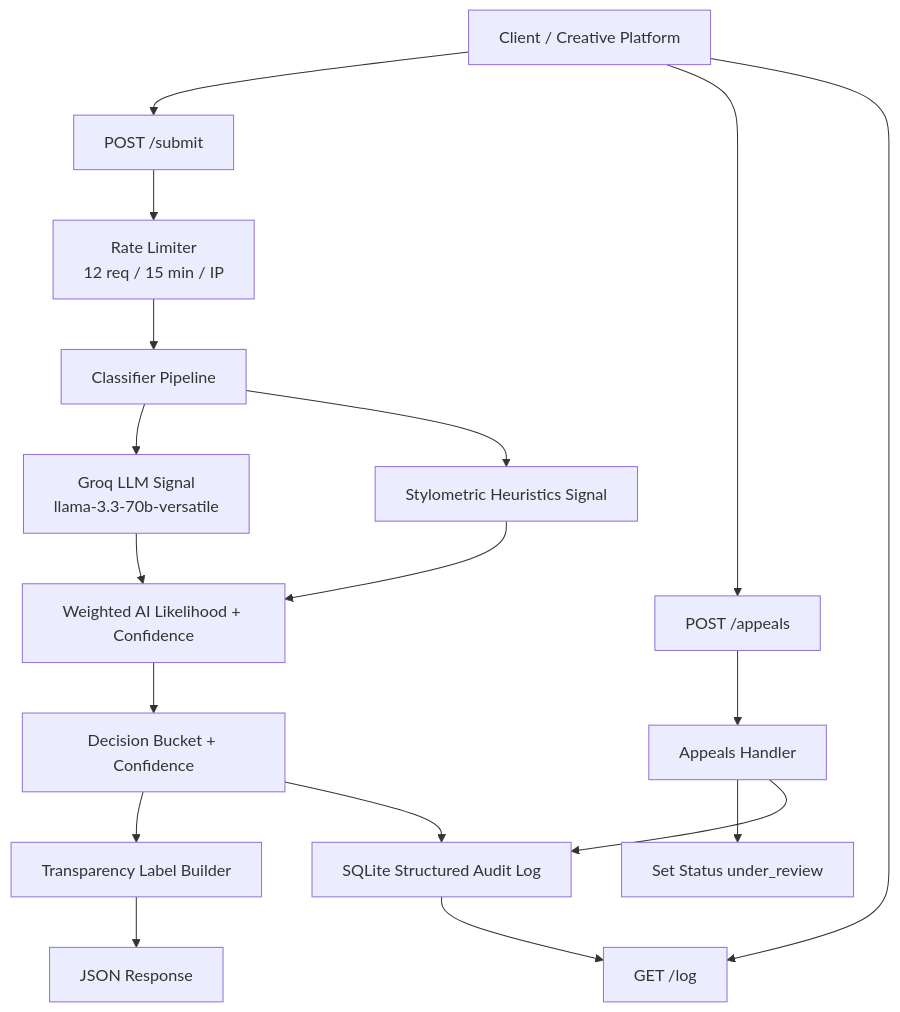
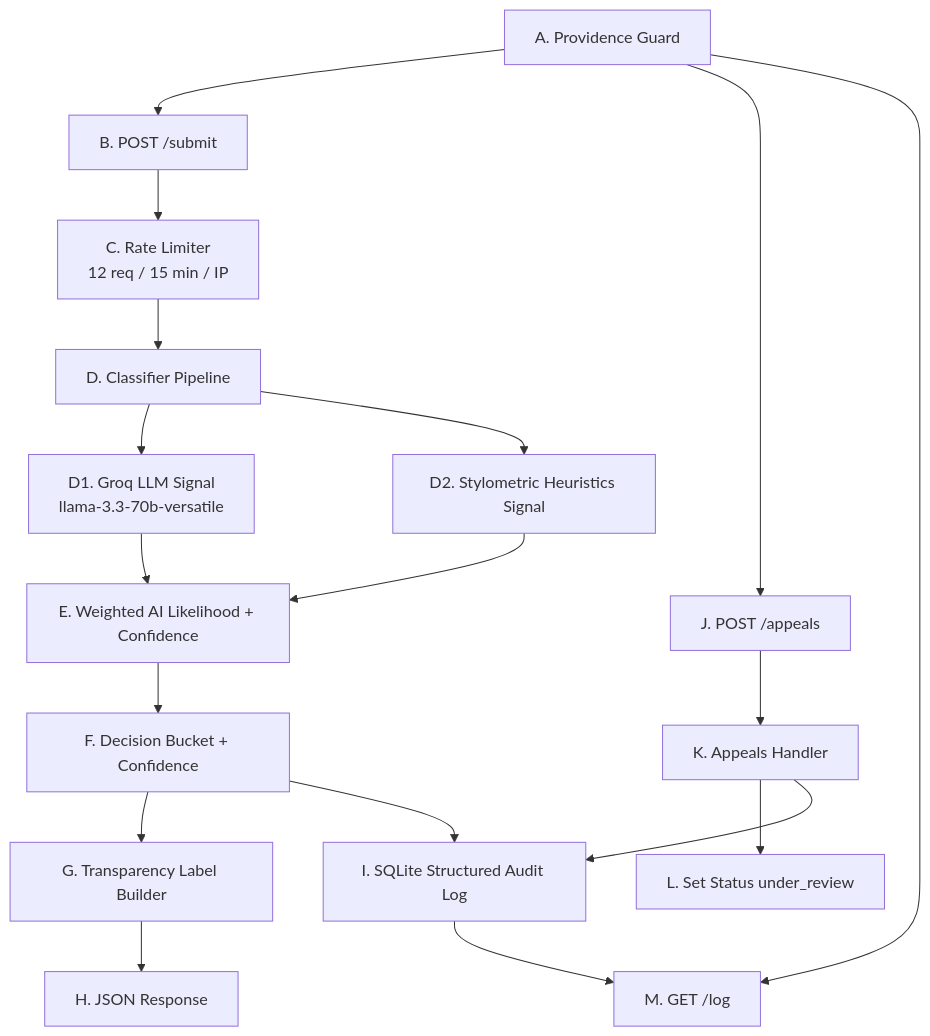
One commit to mardisworld/ai201-project4-provenance-guard changed the diagram in planning.md. Above: the diagram before and after it, drawn with Mermaid. The commit also changed other lines of this file and 4 other files, not shown here.

Commit message:
did a good job on planning.md, came up with schema and tables, wired up to audit_store.py.

````diff
--- a/planning.md
+++ b/planning.md
@@ -62,22 +96,22 @@
 ```mermaid
 flowchart TD
-    A[Client / Creative Platform] --> B[POST /submit]
-    B --> C[Rate Limiter\n12 req / 15 min / IP]
-  C --> D[Classifier Pipeline]
-  D --> D1[Groq LLM Signal\nllama-3.3-70b-versatile]
-  D --> D2[Stylometric Heuristics Signal]
-  D1 --> E[Weighted AI Likelihood + Confidence]
-  D2 --> E
-    E --> F[Decision Bucket + Confidence]
-    F --> G[Transparency Label Builder]
-    G --> H[JSON Response]
-  F --> I[SQLite Structured Audit Log]
+    A[A. Providence Guard] --> B[B. POST /submit]
+    B --> C[C. Rate Limiter\n12 req / 15 min / IP]
+  C --> D[D. Classifier Pipeline]
+  D --> D1[D1. Groq LLM Signal\nllama-3.3-70b-versatile]
+  D --> D2[D2. Stylometric Heuristics Signal]
+  D1 --> E[E. Weighted AI Likelihood + Confidence]
+  D2 --> E[E. Weighted AI Likelihood + Confidence]
+    E --> F[F. Decision Bucket + Confidence]
+    F --> G[G. Transparency Label Builder]
+    G --> H[H. JSON Response]
+  F --> I[I. SQLite Structured Audit Log]
 
-    A --> J[POST /appeals]
-    J --> K[Appeals Handler]
-    K --> L[Set Status under_review]
-    K --> I
+    A --> J[J. POST /appeals]
+    J --> K[K. Appeals Handler]
+    K --> L[L. Set Status under_review]
+    K --> I[I. SQLite Structured Audit Log]
 
-    A --> M[GET /log]
-    I --> M
+    A --> M[M. GET /log]
+    I --> M[M. GET /log]
 ```
````
